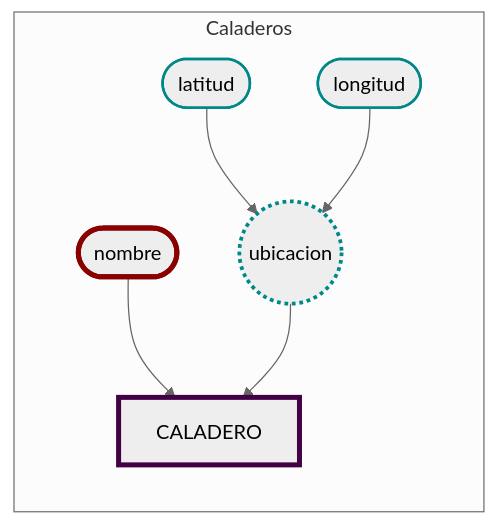
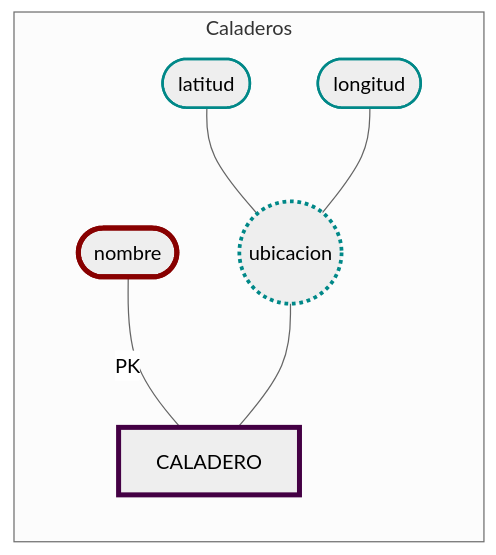
Before and after one commit to JulTob/Data: the fourth of 13 diagrams in DataBases/lonja_DB.md, drawn with Mermaid (neutral theme). The commit also changed other lines of this file, not shown here.

````diff
--- a/DataBases/lonja_DB.md
+++ b/DataBases/lonja_DB.md
@@ -129,18 +129,18 @@
 ```mermaid
 flowchart LR   
   classDef atributo stroke:#088,stroke-width:2px;
   classDef derivado stroke-width:3px, stroke-dasharray:3 3;
   classDef pk stroke:#800,stroke-width:4px;
   classDef entidad stroke:#404,stroke-width:4px;
 
   %% Atributos CALADERO
   subgraph Caladeros
     Caladero[CALADERO]:::entidad
-    nombre([nombre]):::pk --> Caladero
-    ubicacion((ubicacion)):::atributo --> Caladero
+    nombre([nombre]):::pk ---|PK| Caladero
+    ubicacion((ubicacion)):::atributo --- Caladero
       ubicacion:::derivado
-      latitud([latitud]):::atributo --> ubicacion
-      longitud([longitud]):::atributo --> ubicacion
+      latitud([latitud]):::atributo --- ubicacion
+      longitud([longitud]):::atributo --- ubicacion
 
     end
 ```
````
